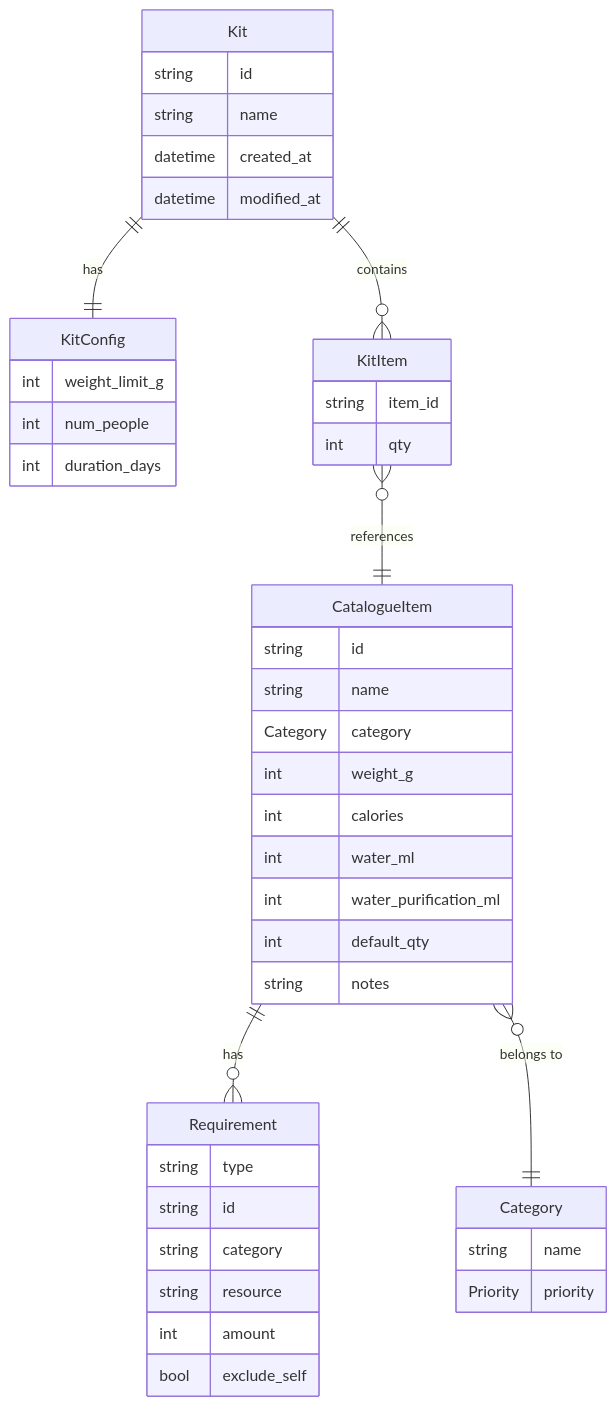
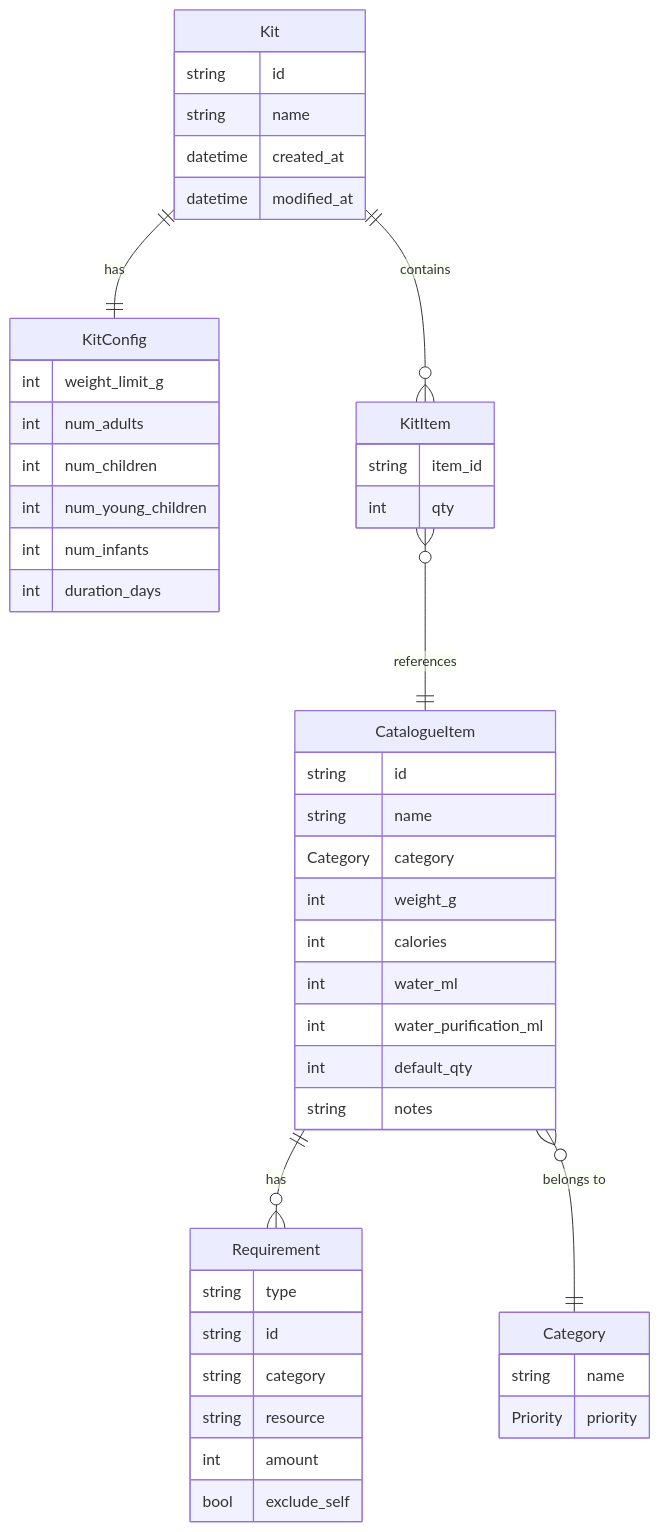
The diagram in docs/data-model.md (LisaS7/KitForge), drawn with Mermaid before and after one commit. The commit also changed other lines of this file and 3 other files, not shown here.

````diff
--- a/docs/data-model.md
+++ b/docs/data-model.md
@@ -10,52 +10,55 @@
 ```mermaid
 erDiagram
     Kit {
         string id
         string name
         datetime created_at
         datetime modified_at
     }
 
     KitConfig {
         int weight_limit_g
-        int num_people
+        int num_adults
+        int num_children
+        int num_young_children
+        int num_infants
         int duration_days
     }
 
     KitItem {
         string item_id
         int qty
     }
 
     CatalogueItem {
         string id
         string name
         Category category
         int weight_g
         int calories
         int water_ml
         int water_purification_ml
         int default_qty
         string notes
     }
 
     Requirement {
         string type
         string id
         string category
         string resource
         int amount
         bool exclude_self
     }
 
     Category {
         string name
         Priority priority
     }
 
     Kit ||--|| KitConfig : "has"
     Kit ||--o{ KitItem : "contains"
     KitItem }o--|| CatalogueItem : "references"
     CatalogueItem ||--o{ Requirement : "has"
     CatalogueItem }o--|| Category : "belongs to"
 ```
````
